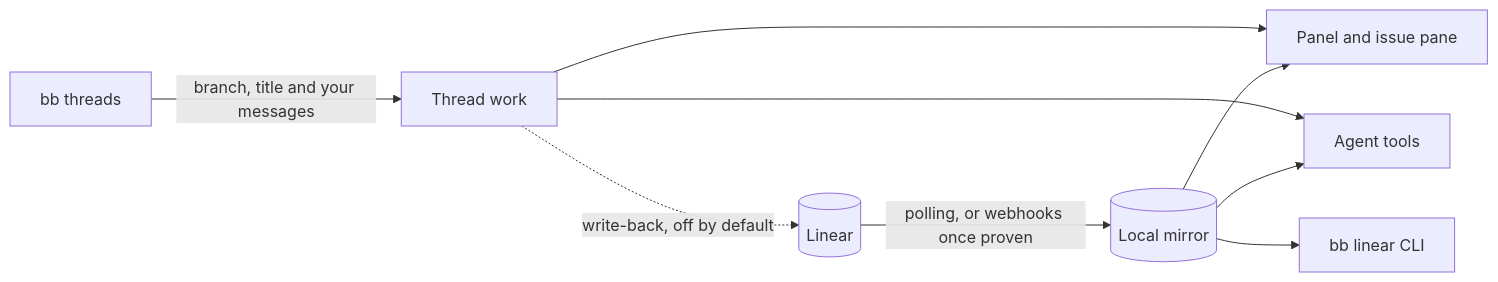
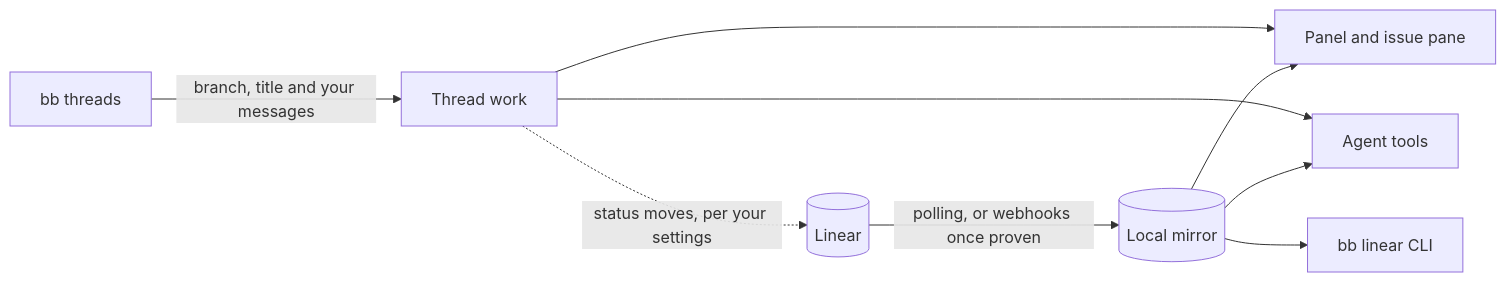
The diagram in README.md (vburojevic/bb-plugin-linear), drawn with Mermaid before and after one commit. The commit also changed other lines of this file, not shown here.

````diff
--- a/README.md
+++ b/README.md
@@ -223,11 +222,11 @@
 ```mermaid
 flowchart LR
   L[(Linear)] -- "polling, or webhooks once proven" --> M[(Local mirror)]
   M --> P[Panel and issue pane]
   M --> C[bb linear CLI]
   M --> A[Agent tools]
   T[bb threads] -- "branch, title and your messages" --> W[Thread work]
   W --> P
   W --> A
-  W -. "write-back, off by default" .-> L
+  W -. "status moves, per your settings" .-> L
 ```
````
